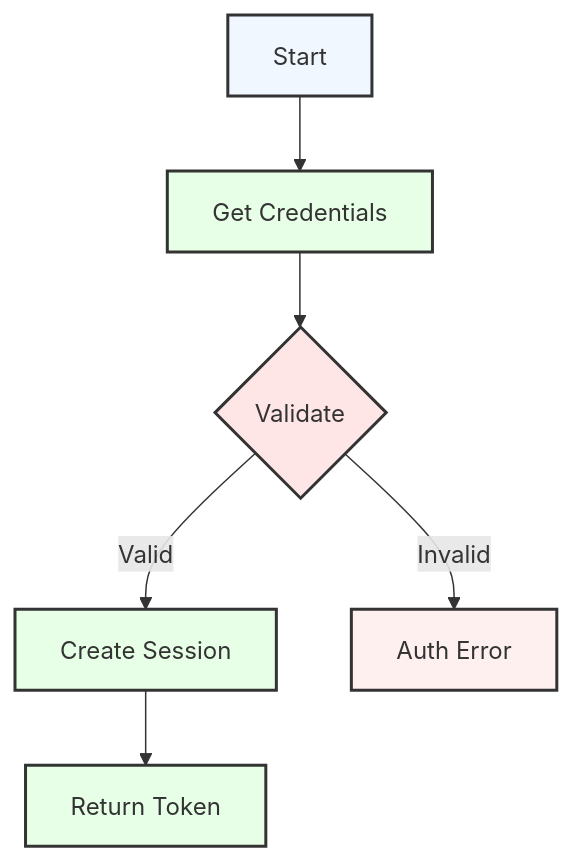
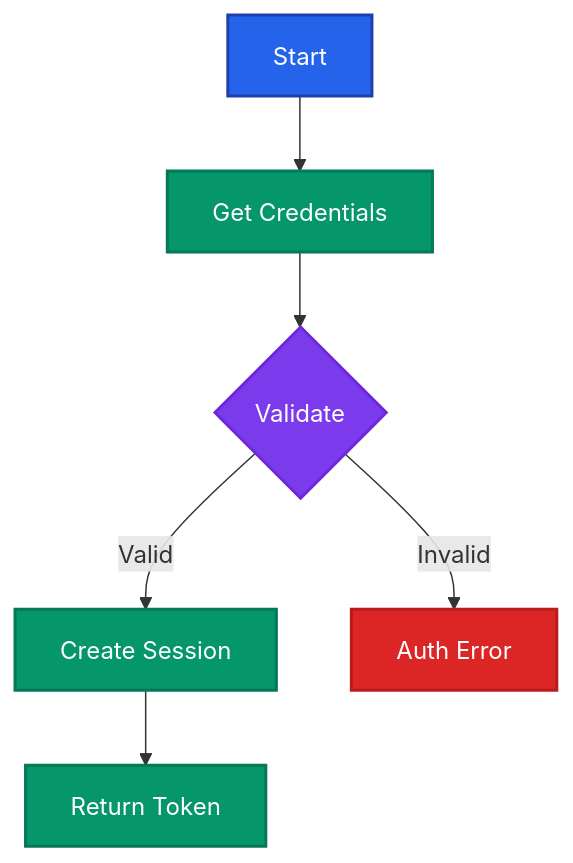
Before and after one commit to kafle1/timetablepro: the eighth of 10 diagrams in docs/API.md, drawn with Mermaid. The commit also changed other lines of this file and 1 other file, not shown here.

Commit message:
docs: Update diagrams with strong, accessible color scheme

````diff
--- a/docs/API.md
+++ b/docs/API.md
@@ -361,20 +378,21 @@
 ```mermaid
 graph TB
     A[Start] --> B[Get Credentials]
     B --> C{Validate}
     C -->|Valid| D[Create Session]
     C -->|Invalid| E[Auth Error]
     D --> F[Return Token]
 
-    classDef default fill:#f0f7ff,stroke:#333,stroke-width:2px
-    classDef process fill:#e6ffe6,stroke:#333,stroke-width:2px
-    classDef validate fill:#ffe6e6,stroke:#333,stroke-width:2px
-    classDef error fill:#fff0f0,stroke:#333,stroke-width:2px
-    classDef success fill:#e6ffe6,stroke:#333,stroke-width:2px
+    %% Strong, accessible colors
+    classDef default fill:#2563eb,color:#ffffff,stroke:#1e40af,stroke-width:2px
+    classDef process fill:#059669,color:#ffffff,stroke:#047857,stroke-width:2px
+    classDef validate fill:#7c3aed,color:#ffffff,stroke:#6d28d9,stroke-width:2px
+    classDef error fill:#dc2626,color:#ffffff,stroke:#b91c1c,stroke-width:2px
+    classDef success fill:#059669,color:#ffffff,stroke:#047857,stroke-width:2px
 
     class A default
     class B process
     class C validate
     class D,F success
     class E error
 ```
````
